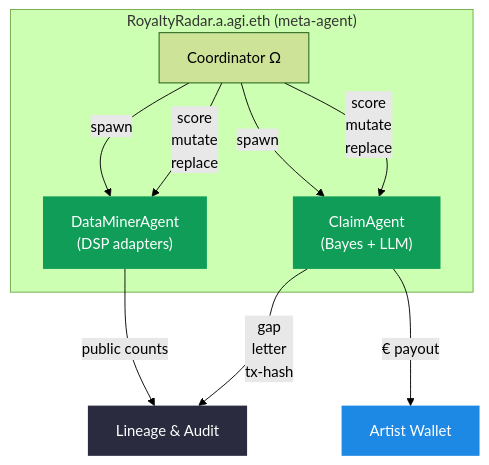
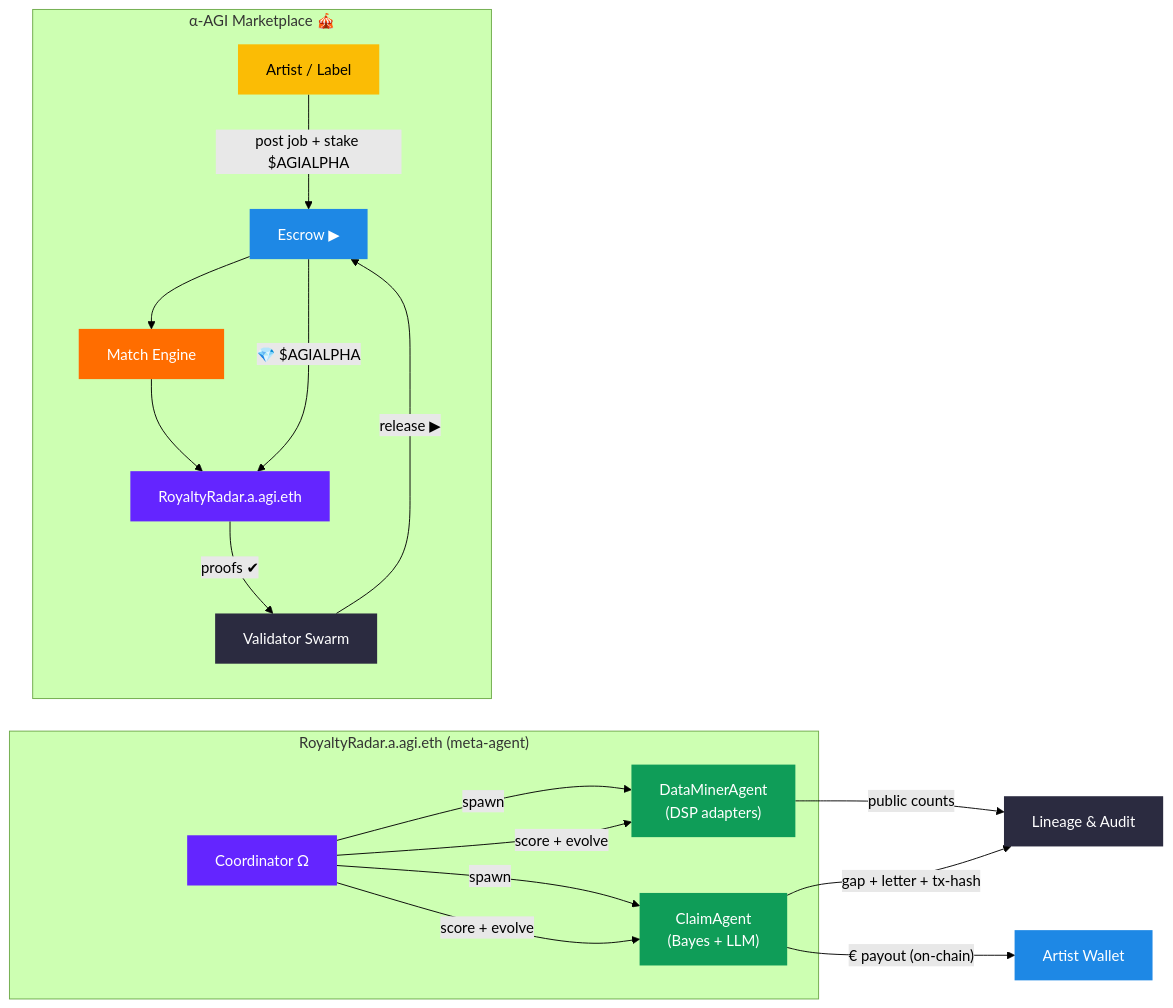
One commit to vishalbelsare/AGI-Alpha-Agent-v0 changed the diagram in alpha_factory_v1/demos/meta_agentic_agi_v3/businesses/royalty_radar.md. Above: the diagram before and after it, drawn with Mermaid (forest theme).

````diff
--- a/alpha_factory_v1/demos/meta_agentic_agi_v3/businesses/royalty_radar.md
+++ b/alpha_factory_v1/demos/meta_agentic_agi_v3/businesses/royalty_radar.md
@@ -1,19 +1,36 @@
 ```mermaid
-flowchart TD
-  %% RoyaltyRadar – Meta-Agentic Flow
-  subgraph meta["RoyaltyRadar.a.agi.eth (meta-agent)"]
-    ORCH["Coordinator Ω"]
+%% ───────────────────────────  PANE A  ───────────────────────────
+%% Royalty Radar 👁️✨ – Meta-Agentic Inner Loop
+flowchart LR
+  subgraph meta["RoyaltyRadar.a.agi.eth  (meta-agent)"]
+    ORCH["Coordinator Ω"]:::meta
     ORCH -->|spawn| DM["DataMinerAgent<br/>(DSP adapters)"]:::agent
     ORCH -->|spawn| CL["ClaimAgent<br/>(Bayes + LLM)"]:::agent
-    ORCH -->|score<br/>mutate<br/>replace| DM
-    ORCH -->|score<br/>mutate<br/>replace| CL
+    ORCH -->|score + evolve| DM
+    ORCH -->|score + evolve| CL
   end
 
-  DM -->|public counts| STORE["Lineage & Audit"]:::store
-  CL -->|gap<br/>letter<br/>tx-hash| STORE
-  CL -->|€ payout| WALLET["Artist Wallet"]:::val
+  DM  -- public counts --> STORE["Lineage & Audit"]:::store
+  CL  -- gap + letter + tx-hash --> STORE
+  CL  -- € payout (on-chain) --> WALLET["Artist Wallet"]:::val
 
-  classDef agent fill:#0f9d58,color:#ffffff,stroke-width:0;
-  classDef store fill:#2b2b40,color:#ffffff,stroke-width:0;
-  classDef val   fill:#1e88e5,color:#ffffff,stroke-width:0;
+%% ───────────────────────────  PANE B  ───────────────────────────
+%% How the Business plugs into the α-AGI Marketplace
+  subgraph market["α-AGI Marketplace 🎪"]
+    CLIENT["Artist / Label"]:::user
+    CLIENT -- post&nbsp;job + stake $AGIALPHA --> ESCROW["Escrow ▶"]:::val
+    ESCROW --> MATCH["Match Engine"]:::proc
+    MATCH  --> BIZ["RoyaltyRadar.a.agi.eth"]:::meta
+    BIZ    -- proofs&nbsp;✔ --> VALID["Validator Swarm"]:::store
+    VALID  -- release ▶ --> ESCROW
+    ESCROW -- 💎 $AGIALPHA --> BIZ
+  end
+
+%% Styling
+classDef meta   fill:#6425ff,color:#ffffff,stroke-width:0;
+classDef agent  fill:#0f9d58,color:#ffffff,stroke-width:0;
+classDef store  fill:#2b2b40,color:#ffffff,stroke-width:0;
+classDef val    fill:#1e88e5,color:#ffffff,stroke-width:0;
+classDef proc   fill:#ff6d00,color:#ffffff,stroke-width:0;
+classDef user   fill:#fbbc05,color:#000000,stroke-width:0;
 ```
````
